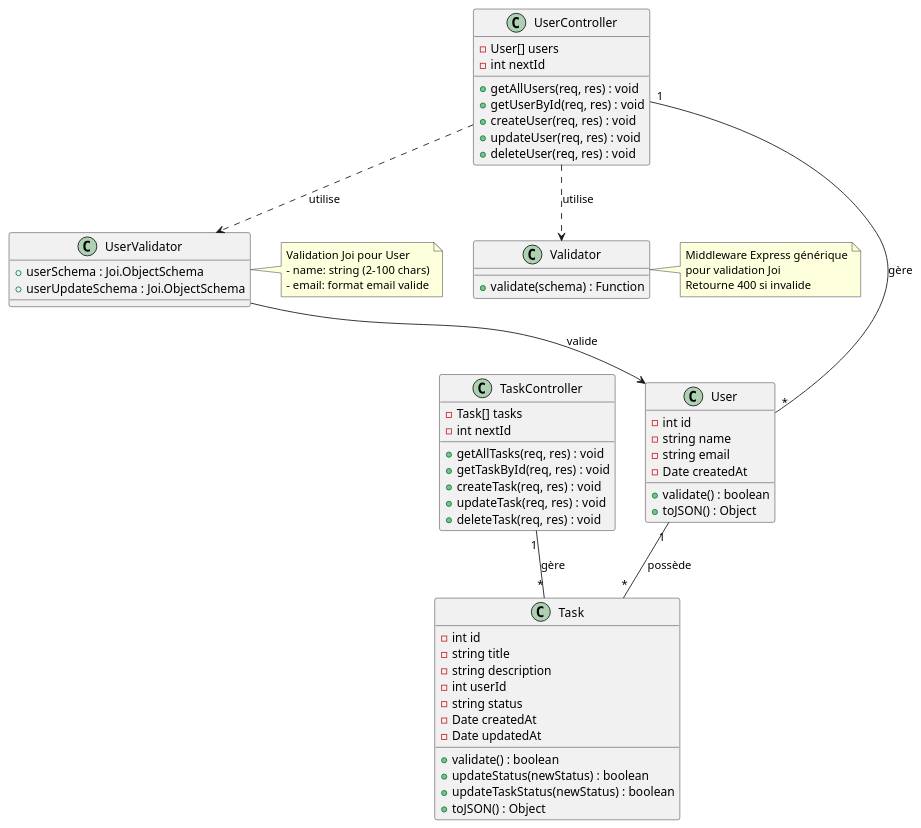
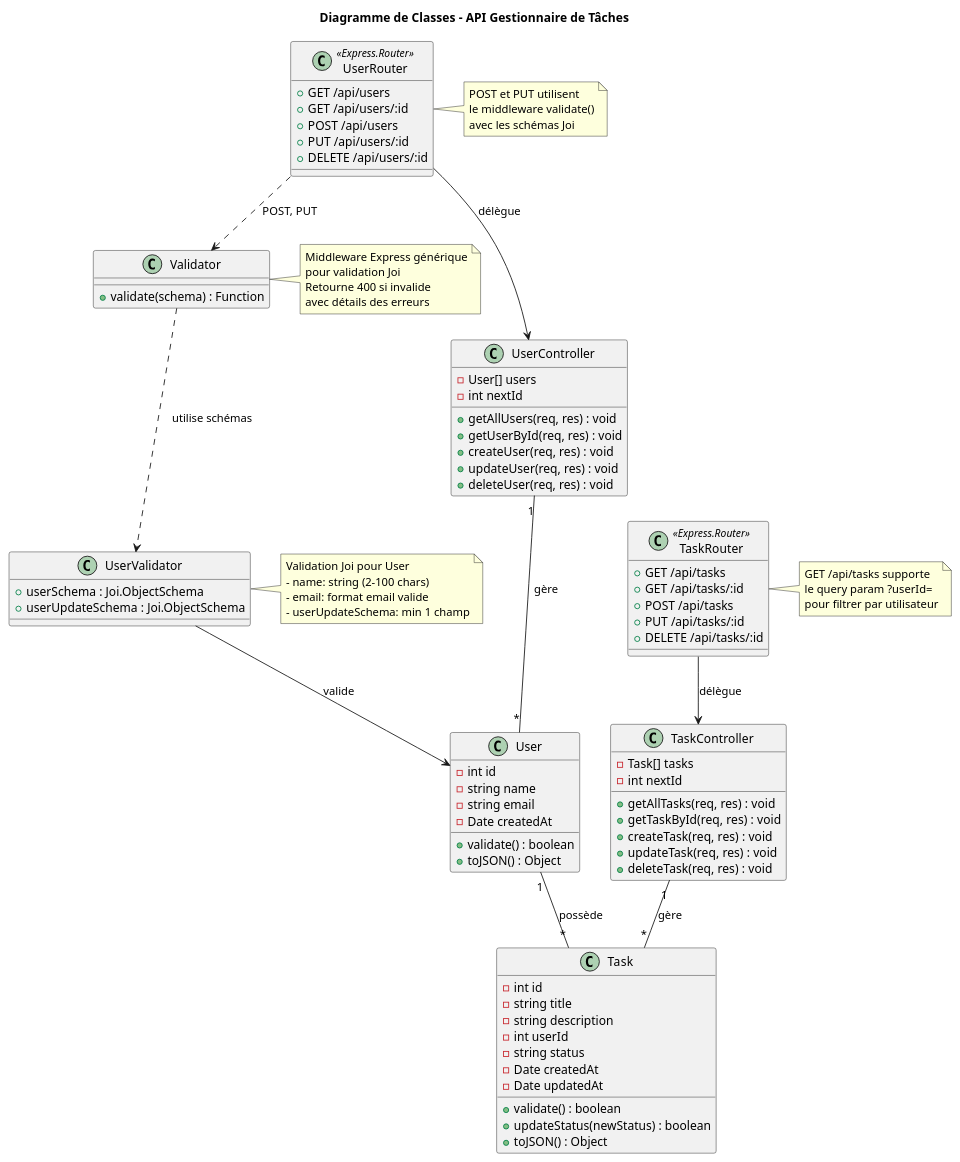
Before and after one commit to malek0501/DoneProject: the diagram in diagramme/classes.puml, drawn with PlantUML. The commit also changed 7 other files, not shown here.

```diff
--- a/diagramme/classes.puml
+++ b/diagramme/classes.puml
@@ -1,72 +1,105 @@
 @startuml
+title Diagramme de Classes - API Gestionnaire de Tâches
+
 class User {
     -int id
     -string name
     -string email
     -Date createdAt
     +validate() : boolean
     +toJSON() : Object
 }
 
 class Task {
     -int id
     -string title
     -string description
     -int userId
     -string status
     -Date createdAt
     -Date updatedAt
     +validate() : boolean
     +updateStatus(newStatus) : boolean
-    +updateTaskStatus(newStatus) : boolean
     +toJSON() : Object
 }
 
 class UserController {
     -User[] users
     -int nextId
     +getAllUsers(req, res) : void
     +getUserById(req, res) : void
     +createUser(req, res) : void
     +updateUser(req, res) : void
     +deleteUser(req, res) : void
 }
 
 class TaskController {
     -Task[] tasks
     -int nextId
     +getAllTasks(req, res) : void
     +getTaskById(req, res) : void
     +createTask(req, res) : void
     +updateTask(req, res) : void
     +deleteTask(req, res) : void
 }
 
+class UserRouter <<Express.Router>> {
+    +GET /api/users
+    +GET /api/users/:id
+    +POST /api/users
+    +PUT /api/users/:id
+    +DELETE /api/users/:id
+}
+
+class TaskRouter <<Express.Router>> {
+    +GET /api/tasks
+    +GET /api/tasks/:id
+    +POST /api/tasks
+    +PUT /api/tasks/:id
+    +DELETE /api/tasks/:id
+}
+
 class UserValidator {
     +userSchema : Joi.ObjectSchema
     +userUpdateSchema : Joi.ObjectSchema
 }
 
 class Validator {
     +validate(schema) : Function
 }
 
+note right of UserRouter
+  POST et PUT utilisent
+  le middleware validate()
+  avec les schémas Joi
+end note
+
+note right of TaskRouter
+  GET /api/tasks supporte
+  le query param ?userId=
+  pour filtrer par utilisateur
+end note
+
 note right of UserValidator
   Validation Joi pour User
   - name: string (2-100 chars)
   - email: format email valide
+  - userUpdateSchema: min 1 champ
 end note
 
 note right of Validator
   Middleware Express générique
   pour validation Joi
   Retourne 400 si invalide
+  avec détails des erreurs
 end note
 
 User "1" -- "*" Task : possède
 UserController "1" -- "*" User : gère
 TaskController "1" -- "*" Task : gère
-UserController ..> UserValidator : utilise
-UserController ..> Validator : utilise
+UserRouter --> UserController : délègue
+TaskRouter --> TaskController : délègue
+UserRouter ..> Validator : POST, PUT
+Validator ..> UserValidator : utilise schémas
 UserValidator --> User : valide
 @enduml
```
